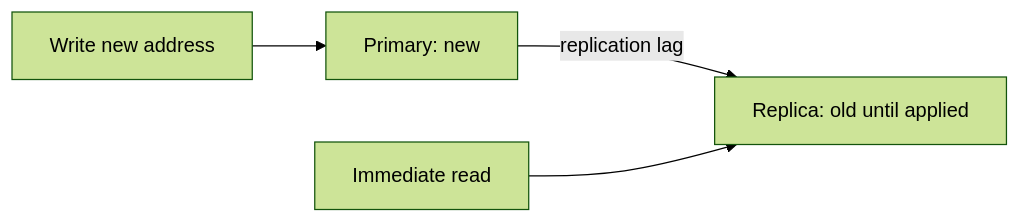
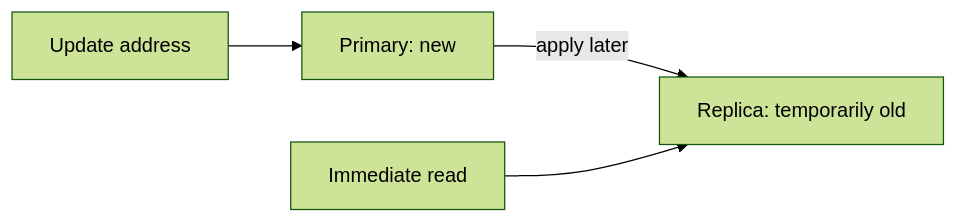
Before and after one commit to sid16mishra02-design/system-design: the diagram in curriculum/03-databases/10-database-replication.md, drawn with Mermaid (forest theme). The commit also changed other lines of this file and 84 other files, not shown here.

````diff
--- a/curriculum/03-databases/10-database-replication.md
+++ b/curriculum/03-databases/10-database-replication.md
@@ -56,6 +56,6 @@
 ```mermaid
 flowchart LR
-  W["Write new address"] --> P["Primary: new"]
-  P -->|"replication lag"| R["Replica: old until applied"]
+  W["Update address"] --> P["Primary: new"]
+  P -->|"apply later"| R["Replica: temporarily old"]
   U["Immediate read"] --> R
 ```
````
